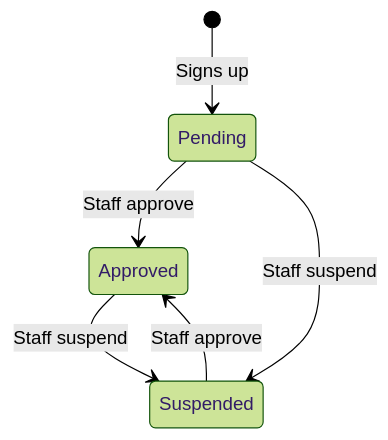
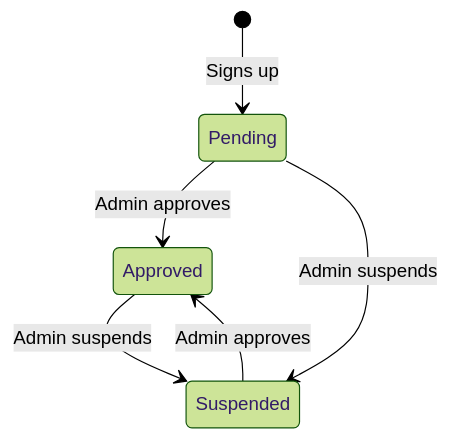
The first of 3 diagrams in Docs/Concepts.md (squideyes/GigHaus), drawn with Mermaid (forest theme) before and after one commit. The commit also changed other lines of this file and 36 other files, not shown here.

````diff
--- a/Docs/Concepts.md
+++ b/Docs/Concepts.md
@@ -24,8 +24,8 @@
 ```mermaid
 stateDiagram-v2
     [*] --> Pending: Signs up
-    Pending --> Approved: Staff approve
-    Approved --> Suspended: Staff suspend
-    Pending --> Suspended: Staff suspend
-    Suspended --> Approved: Staff approve
+    Pending --> Approved: Admin approves
+    Approved --> Suspended: Admin suspends
+    Pending --> Suspended: Admin suspends
+    Suspended --> Approved: Admin approves
 ```
````
